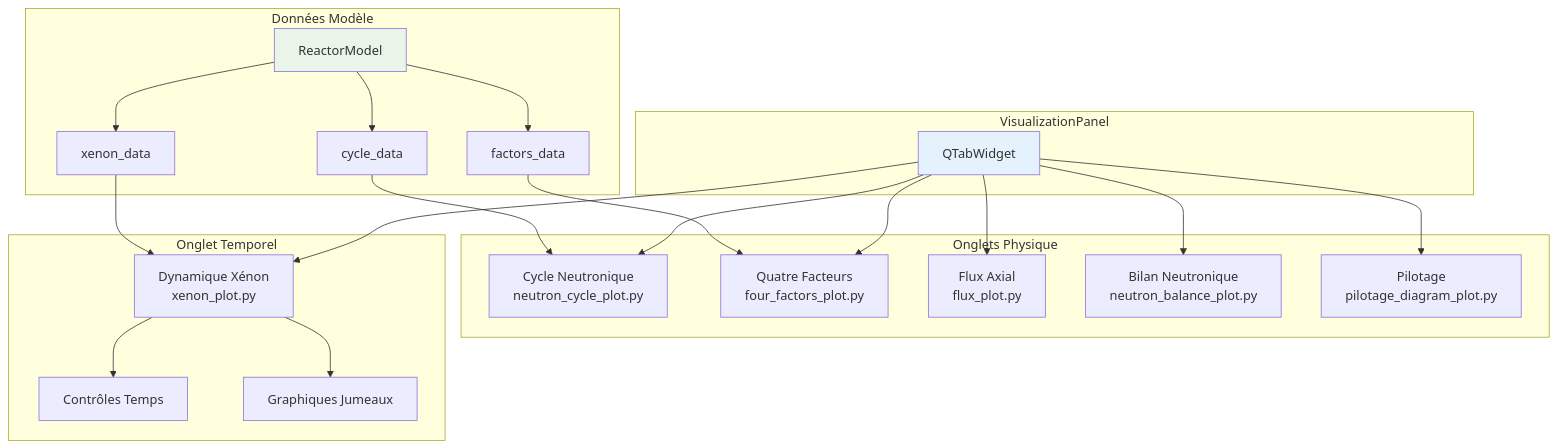
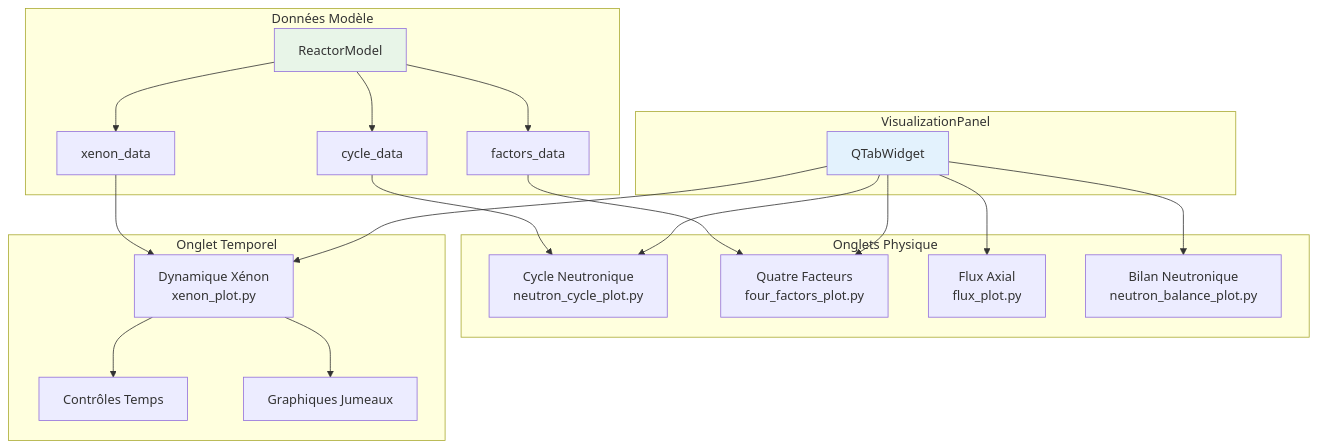
The eighth of 10 diagrams in .cursor/rules/memory-bank/mermaid.md (gaBBtry/NeutroScope), drawn with Mermaid before and after one commit. The commit also changed other lines of this file and 2 other files, not shown here.

````diff
--- a/.cursor/rules/memory-bank/mermaid.md
+++ b/.cursor/rules/memory-bank/mermaid.md
@@ -260,48 +264,46 @@
 ```mermaid
 graph TB
     subgraph "VisualizationPanel"
         TABS[QTabWidget]
     end
     
     subgraph "Onglets Physique"
         NC[Cycle Neutronique<br/>neutron_cycle_plot.py]
         FF[Quatre Facteurs<br/>four_factors_plot.py]
         FP[Flux Axial<br/>flux_plot.py]
         NB[Bilan Neutronique<br/>neutron_balance_plot.py]
-        PD[Pilotage<br/>pilotage_diagram_plot.py]
     end
     
     subgraph "Onglet Temporel"
         XV[Dynamique Xénon<br/>xenon_plot.py]
         XC[Contrôles Temps]
         XG[Graphiques Jumeaux]
     end
     
     subgraph "Données Modèle"
         RM[ReactorModel]
         CD[cycle_data]
         FD[factors_data]
         XD[xenon_data]
     end
     
     TABS --> NC
     TABS --> FF
     TABS --> FP
     TABS --> NB
-    TABS --> PD
     TABS --> XV
     
     XV --> XC
     XV --> XG
     
     RM --> CD
     RM --> FD
     RM --> XD
     
     CD --> NC
     FD --> FF
     XD --> XV
     
     style TABS fill:#e3f2fd
     style RM fill:#e8f5e8
 ```
````
